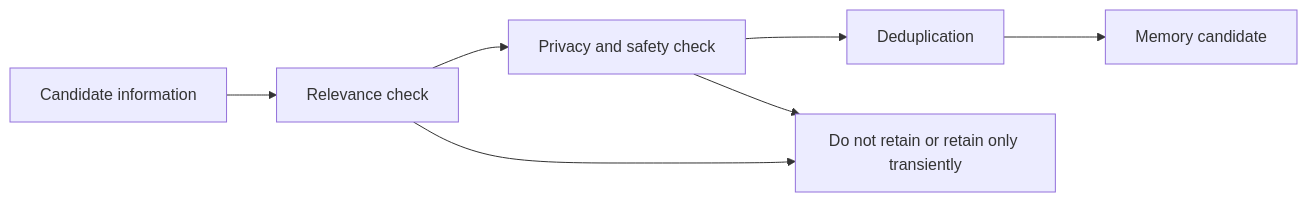
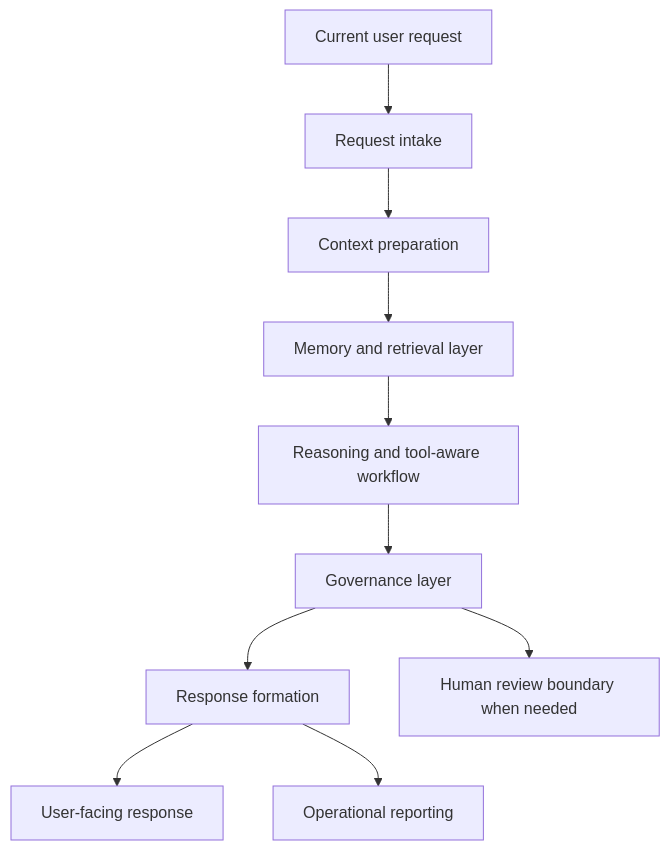
The diagram in docs/memory_model_public.md (mdlewis365/synthetic-operating-system), drawn with Mermaid before and after one commit. The commit also changed other lines of this file, not shown here.

Commit message:
Add public memory model documentation

````diff
--- a/docs/memory_model_public.md
+++ b/docs/memory_model_public.md
@@ -165,16 +143,12 @@
 ```mermaid
-flowchart LR
-    A[Candidate information]
-    B[Relevance check]
-    C[Privacy and safety check]
-    D[Deduplication]
-    E[Memory candidate]
-    F[Do not retain or retain only transiently]
-
-    A --> B
-    B --> C
-    C --> D
-    D --> E
-    B --> F
-    C --> F
+flowchart TD
+    A[Current user request] --> B[Request intake]
+    B --> C[Context preparation]
+    C --> D[Memory and retrieval layer]
+    D --> E[Reasoning and tool-aware workflow]
+    E --> F[Governance layer]
+    F --> G[Response formation]
+    G --> H[User-facing response]
+    G --> I[Operational reporting]
+    F --> J[Human review boundary when needed]
 ```
````
